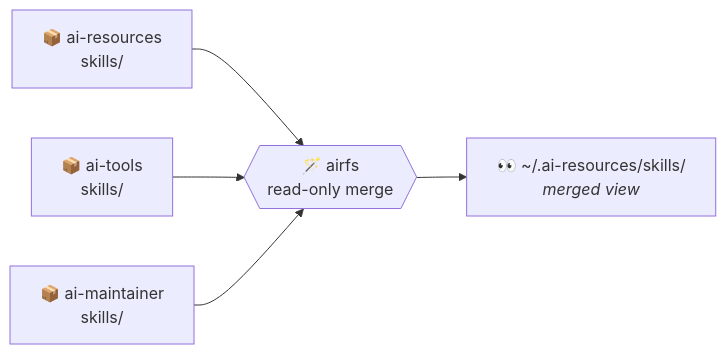
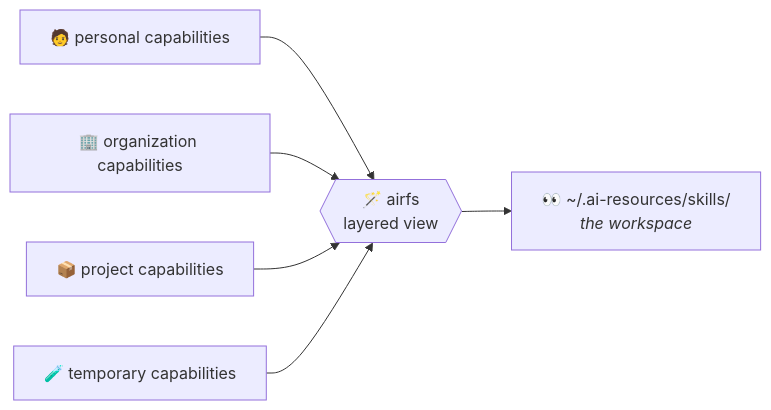
Before and after one commit to sylvanld/airfs: the first of 2 diagrams in README.md, drawn with Mermaid. The commit also changed other lines of this file, not shown here.

Commit message:
docs: reframe README around assembling AI workspaces from reusable capabilities

````diff
--- a/README.md
+++ b/README.md
@@ -31,13 +32,15 @@
 ```mermaid
 flowchart LR
-    A["📦 ai-resources<br/>skills/"]
-    B["📦 ai-tools<br/>skills/"]
-    C["📦 ai-maintainer<br/>skills/"]
-    M{{"🪄 airfs<br/>read-only merge"}}
-    V["👀 ~/.ai-resources/skills/<br/><i>merged view</i>"]
+    A["🧑 personal capabilities"]
+    B["🏢 organization capabilities"]
+    C["📦 project capabilities"]
+    D["🧪 temporary capabilities"]
+    M{{"🪄 airfs<br/>layered view"}}
+    V["👀 ~/.ai-resources/skills/<br/><i>the workspace</i>"]
 
     A --> M
     B --> M
     C --> M
+    D --> M
     M --> V
 ```
````
